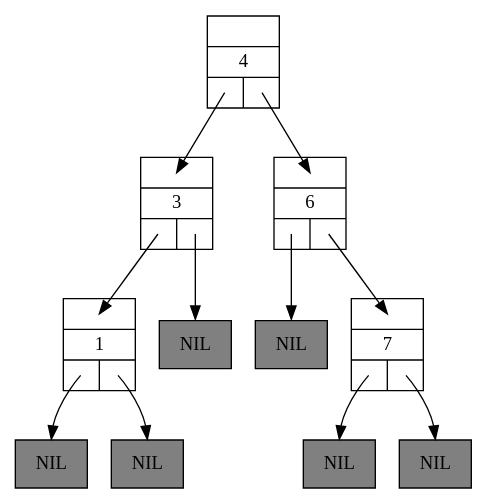
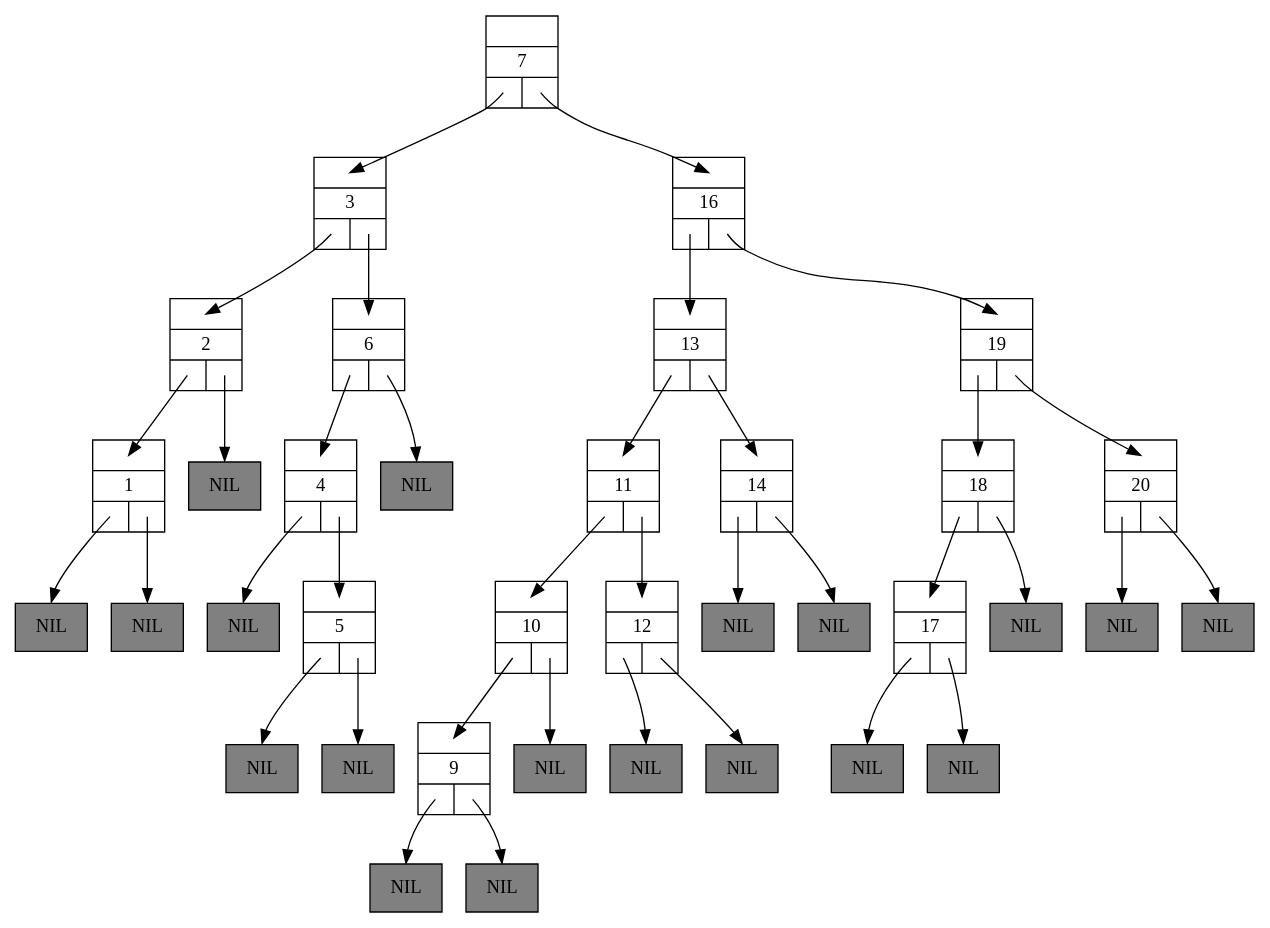
The diagram in TP/TP5/Code/Tree-2.dot (Ravemi987/Algo3), drawn with Graphviz before and after one commit. The commit also changed 22 other files, not shown here.

```diff
--- a/TP/TP5/Code/Tree-2.dot
+++ b/TP/TP5/Code/Tree-2.dot
@@ -1,27 +1,79 @@
 digraph BinarySearchTree1 {
 	graph [ranksep=0.5];
 	node [shape = record];
 
 	n1 [label="{{<parent>}|1|{<left>|<right>}}"];
 	lnil1 [style=filled, fillcolor=grey, label="NIL"];
 	n1:left:c -> lnil1:n [headclip=false, tailclip=false]
 	rnil1 [style=filled, fillcolor=grey, label="NIL"];
 	n1:right:c -> rnil1:n [headclip=false, tailclip=false]
+	n2 [label="{{<parent>}|2|{<left>|<right>}}"];
+	n2:left:c -> n1:parent:c [headclip=false, tailclip=false]
+	rnil2 [style=filled, fillcolor=grey, label="NIL"];
+	n2:right:c -> rnil2:n [headclip=false, tailclip=false]
 	n3 [label="{{<parent>}|3|{<left>|<right>}}"];
-	n3:left:c -> n1:parent:c [headclip=false, tailclip=false]
-	rnil3 [style=filled, fillcolor=grey, label="NIL"];
-	n3:right:c -> rnil3:n [headclip=false, tailclip=false]
+	n3:left:c -> n2:parent:c [headclip=false, tailclip=false]
+	n3:right:c -> n6:parent:c [headclip=false, tailclip=false]
 	n4 [label="{{<parent>}|4|{<left>|<right>}}"];
-	n4:left:c -> n3:parent:c [headclip=false, tailclip=false]
-	n4:right:c -> n6:parent:c [headclip=false, tailclip=false]
+	lnil4 [style=filled, fillcolor=grey, label="NIL"];
+	n4:left:c -> lnil4:n [headclip=false, tailclip=false]
+	n4:right:c -> n5:parent:c [headclip=false, tailclip=false]
+	n5 [label="{{<parent>}|5|{<left>|<right>}}"];
+	lnil5 [style=filled, fillcolor=grey, label="NIL"];
+	n5:left:c -> lnil5:n [headclip=false, tailclip=false]
+	rnil5 [style=filled, fillcolor=grey, label="NIL"];
+	n5:right:c -> rnil5:n [headclip=false, tailclip=false]
 	n6 [label="{{<parent>}|6|{<left>|<right>}}"];
-	lnil6 [style=filled, fillcolor=grey, label="NIL"];
-	n6:left:c -> lnil6:n [headclip=false, tailclip=false]
-	n6:right:c -> n7:parent:c [headclip=false, tailclip=false]
+	n6:left:c -> n4:parent:c [headclip=false, tailclip=false]
+	rnil6 [style=filled, fillcolor=grey, label="NIL"];
+	n6:right:c -> rnil6:n [headclip=false, tailclip=false]
 	n7 [label="{{<parent>}|7|{<left>|<right>}}"];
-	lnil7 [style=filled, fillcolor=grey, label="NIL"];
-	n7:left:c -> lnil7:n [headclip=false, tailclip=false]
-	rnil7 [style=filled, fillcolor=grey, label="NIL"];
-	n7:right:c -> rnil7:n [headclip=false, tailclip=false]
+	n7:left:c -> n3:parent:c [headclip=false, tailclip=false]
+	n7:right:c -> n16:parent:c [headclip=false, tailclip=false]
+	n9 [label="{{<parent>}|9|{<left>|<right>}}"];
+	lnil9 [style=filled, fillcolor=grey, label="NIL"];
+	n9:left:c -> lnil9:n [headclip=false, tailclip=false]
+	rnil9 [style=filled, fillcolor=grey, label="NIL"];
+	n9:right:c -> rnil9:n [headclip=false, tailclip=false]
+	n10 [label="{{<parent>}|10|{<left>|<right>}}"];
+	n10:left:c -> n9:parent:c [headclip=false, tailclip=false]
+	rnil10 [style=filled, fillcolor=grey, label="NIL"];
+	n10:right:c -> rnil10:n [headclip=false, tailclip=false]
+	n11 [label="{{<parent>}|11|{<left>|<right>}}"];
+	n11:left:c -> n10:parent:c [headclip=false, tailclip=false]
+	n11:right:c -> n12:parent:c [headclip=false, tailclip=false]
+	n12 [label="{{<parent>}|12|{<left>|<right>}}"];
+	lnil12 [style=filled, fillcolor=grey, label="NIL"];
+	n12:left:c -> lnil12:n [headclip=false, tailclip=false]
+	rnil12 [style=filled, fillcolor=grey, label="NIL"];
+	n12:right:c -> rnil12:n [headclip=false, tailclip=false]
+	n13 [label="{{<parent>}|13|{<left>|<right>}}"];
+	n13:left:c -> n11:parent:c [headclip=false, tailclip=false]
+	n13:right:c -> n14:parent:c [headclip=false, tailclip=false]
+	n14 [label="{{<parent>}|14|{<left>|<right>}}"];
+	lnil14 [style=filled, fillcolor=grey, label="NIL"];
+	n14:left:c -> lnil14:n [headclip=false, tailclip=false]
+	rnil14 [style=filled, fillcolor=grey, label="NIL"];
+	n14:right:c -> rnil14:n [headclip=false, tailclip=false]
+	n16 [label="{{<parent>}|16|{<left>|<right>}}"];
+	n16:left:c -> n13:parent:c [headclip=false, tailclip=false]
+	n16:right:c -> n19:parent:c [headclip=false, tailclip=false]
+	n17 [label="{{<parent>}|17|{<left>|<right>}}"];
+	lnil17 [style=filled, fillcolor=grey, label="NIL"];
+	n17:left:c -> lnil17:n [headclip=false, tailclip=false]
+	rnil17 [style=filled, fillcolor=grey, label="NIL"];
+	n17:right:c -> rnil17:n [headclip=false, tailclip=false]
+	n18 [label="{{<parent>}|18|{<left>|<right>}}"];
+	n18:left:c -> n17:parent:c [headclip=false, tailclip=false]
+	rnil18 [style=filled, fillcolor=grey, label="NIL"];
+	n18:right:c -> rnil18:n [headclip=false, tailclip=false]
+	n19 [label="{{<parent>}|19|{<left>|<right>}}"];
+	n19:left:c -> n18:parent:c [headclip=false, tailclip=false]
+	n19:right:c -> n20:parent:c [headclip=false, tailclip=false]
+	n20 [label="{{<parent>}|20|{<left>|<right>}}"];
+	lnil20 [style=filled, fillcolor=grey, label="NIL"];
+	n20:left:c -> lnil20:n [headclip=false, tailclip=false]
+	rnil20 [style=filled, fillcolor=grey, label="NIL"];
+	n20:right:c -> rnil20:n [headclip=false, tailclip=false]
 
 }
```
